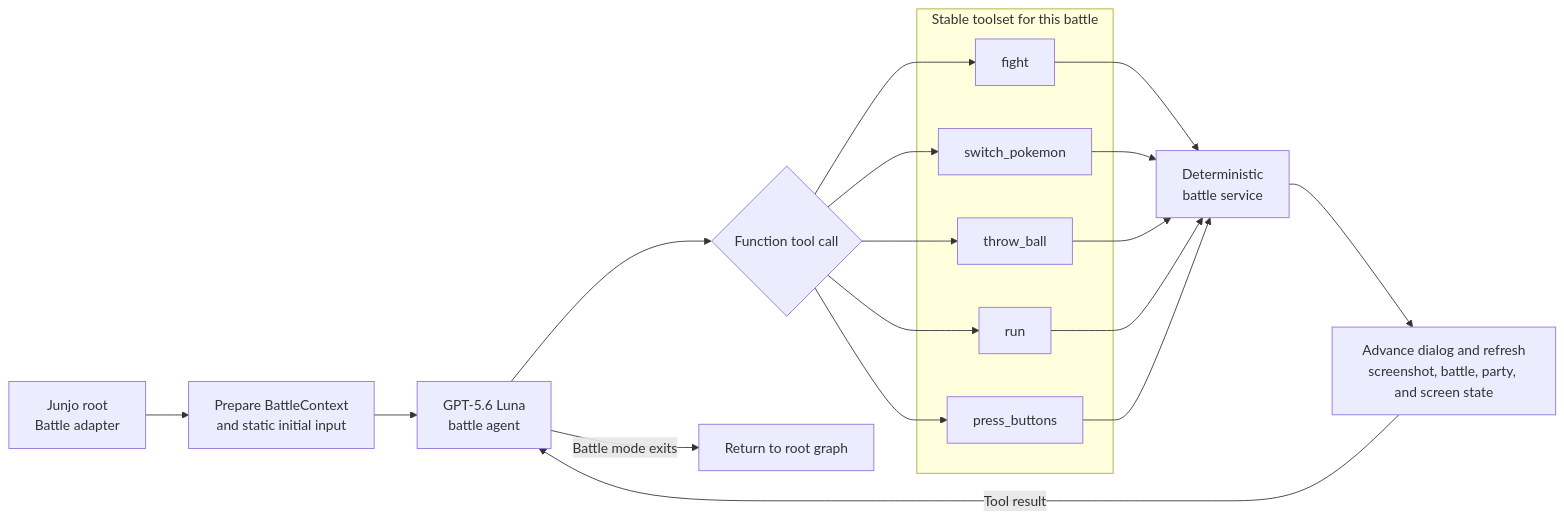
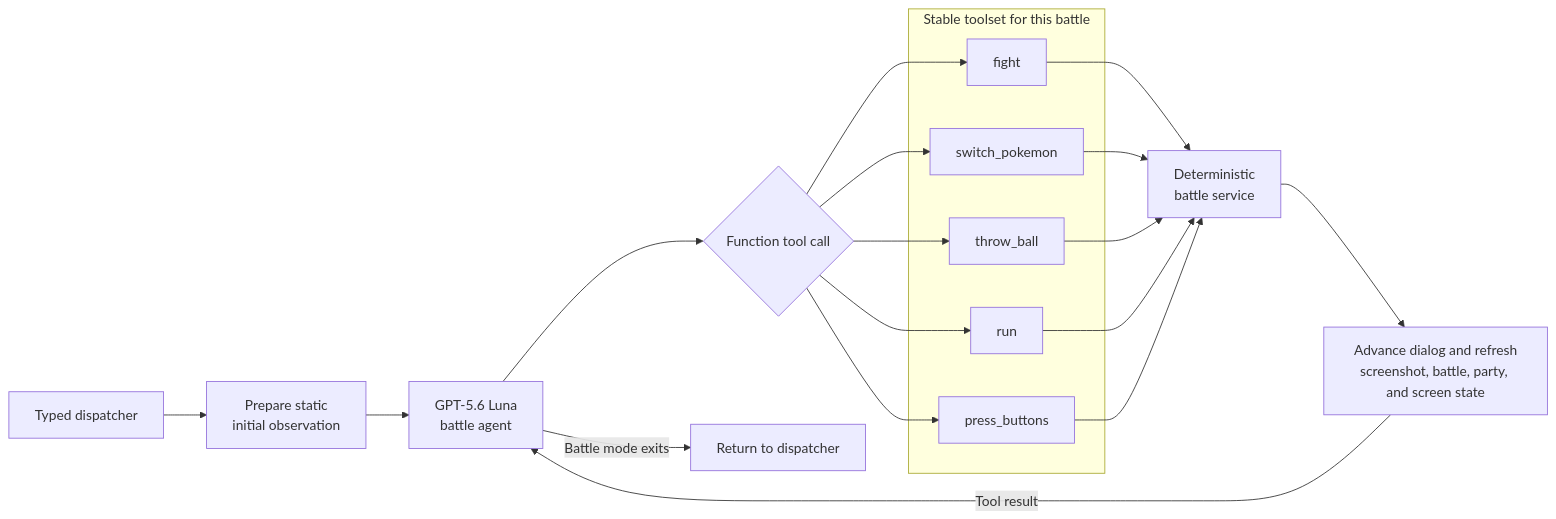
Before and after one commit to clambro/ai-plays-pokemon: the third of 4 diagrams in docs/workflow.md, drawn with Mermaid. The commit also changed other lines of this file and 183 other files, not shown here.

First line of the commit message:
Replace the junjo root with pydantic graph (#95)

````diff
--- a/docs/workflow.md
+++ b/docs/workflow.md
@@ -147,30 +155,30 @@
 ```mermaid
 flowchart LR
-    root["Junjo root<br/>Battle adapter"] --> prepare["Prepare BattleContext<br/>and static initial input"]
+    dispatch["Typed dispatcher"] --> prepare["Prepare static<br/>initial observation"]
     prepare --> agent["GPT-5.6 Luna<br/>battle agent"]
     agent --> choice{"Function tool call"}
 
     subgraph toolset["Stable toolset for this battle"]
         fight["fight"]
         switch["switch_pokemon"]
         ball["throw_ball"]
         run["run"]
         buttons["press_buttons"]
     end
 
     choice --> fight
     choice --> switch
     choice --> ball
     choice --> run
     choice --> buttons
 
     fight --> service["Deterministic<br/>battle service"]
     switch --> service
     ball --> service
     run --> service
     buttons --> service
 
     service --> observe["Advance dialog and refresh<br/>screenshot, battle, party, and screen state"]
     observe -->|"Tool result"| agent
-    agent -->|"Battle mode exits"| finish["Return to root graph"]
+    agent -->|"Battle mode exits"| finish["Return to dispatcher"]
 ```
````
